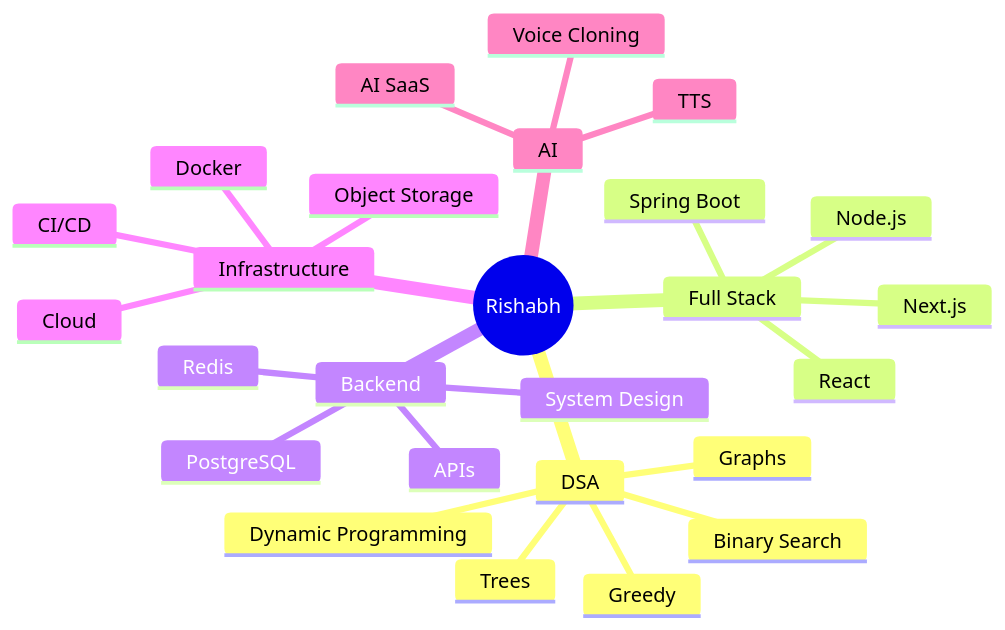
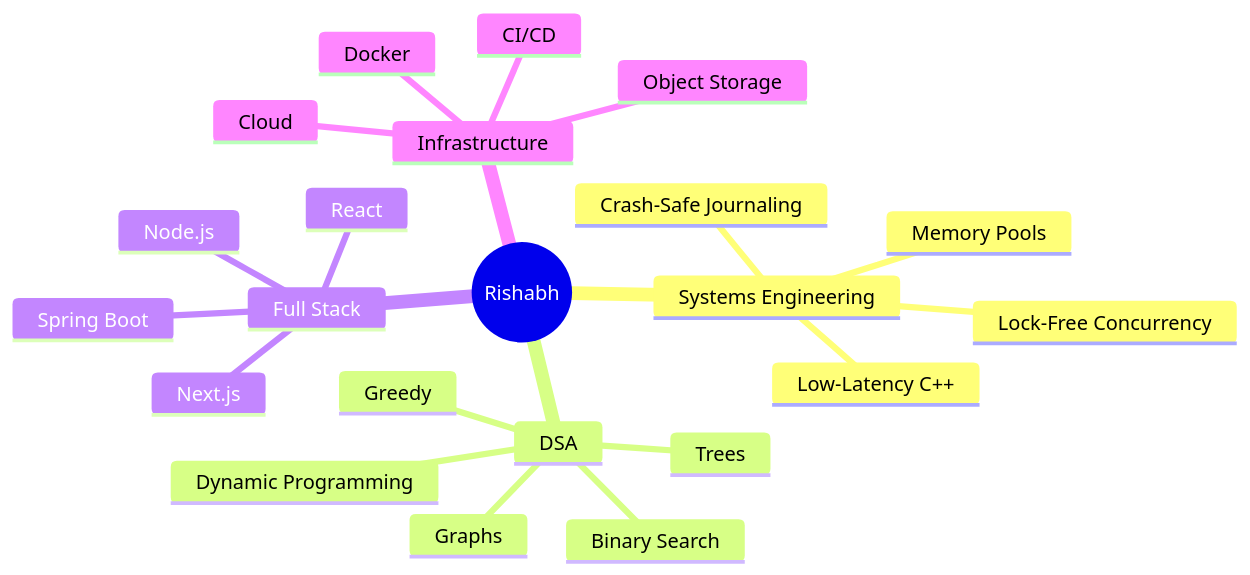
Before and after one commit to rishabhdev0/rishabhdev0: the diagram in README.md, drawn with Mermaid. The commit also changed other lines of this file, not shown here.

````diff
--- a/README.md
+++ b/README.md
@@ -297,29 +274,25 @@
 ```mermaid
 mindmap
   root((Rishabh))
+    Systems Engineering
+      Lock-Free Concurrency
+      Memory Pools
+      Crash-Safe Journaling
+      Low-Latency C++
     DSA
       Graphs
       Dynamic Programming
       Trees
       Greedy
       Binary Search
     Full Stack
       React
       Next.js
       Node.js
       Spring Boot
-    Backend
-      PostgreSQL
-      Redis
-      APIs
-      System Design
     Infrastructure
       Docker
       Cloud
       CI/CD
       Object Storage
-    AI
-      TTS
-      Voice Cloning
-      AI SaaS
 ```
````
